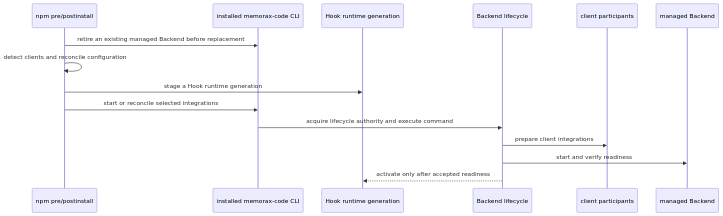
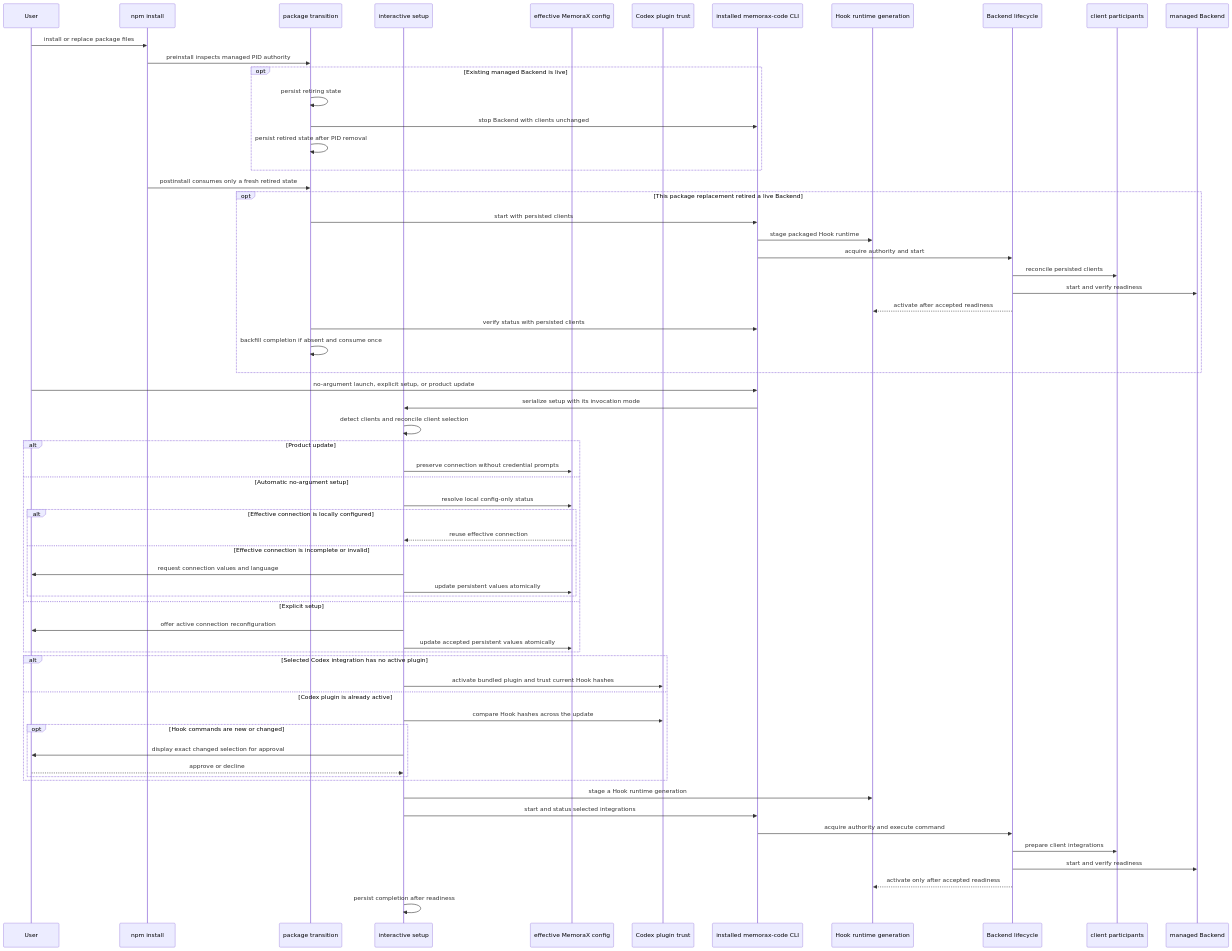
Before and after one commit to memorax-ai/memorax-code: the second of 6 diagrams in ARCHITECTURE.md, drawn with Mermaid. The commit also changed other lines of this file and 31 other files, not shown here.

First line of the commit message:
refactor:(install) separate package install from interactive setup

````diff
--- a/ARCHITECTURE.md
+++ b/ARCHITECTURE.md
@@ -130,18 +130,66 @@
 ```mermaid
 sequenceDiagram
-  participant NPM as npm pre/postinstall
+  participant User
+  participant NPM as npm install
+  participant Transition as package transition
+  participant Setup as interactive setup
+  participant Config as effective MemoraX config
+  participant CodexPlugin as Codex plugin trust
   participant CLI as installed memorax-code CLI
   participant Generation as Hook runtime generation
   participant Lifecycle as Backend lifecycle
   participant Participants as client participants
   participant Service as managed Backend
 
-  NPM->>CLI: retire an existing managed Backend before replacement
-  NPM->>NPM: detect clients and reconcile configuration
-  NPM->>Generation: stage a Hook runtime generation
-  NPM->>CLI: start or reconcile selected integrations
-  CLI->>Lifecycle: acquire lifecycle authority and execute command
+  User->>NPM: install or replace package files
+  NPM->>Transition: preinstall inspects managed PID authority
+  opt Existing managed Backend is live
+    Transition->>Transition: persist retiring state
+    Transition->>CLI: stop Backend with clients unchanged
+    Transition->>Transition: persist retired state after PID removal
+  end
+  NPM->>Transition: postinstall consumes only a fresh retired state
+  opt This package replacement retired a live Backend
+    Transition->>CLI: start with persisted clients
+    CLI->>Generation: stage packaged Hook runtime
+    CLI->>Lifecycle: acquire authority and start
+    Lifecycle->>Participants: reconcile persisted clients
+    Lifecycle->>Service: start and verify readiness
+    Lifecycle-->>Generation: activate after accepted readiness
+    Transition->>CLI: verify status with persisted clients
+    Transition->>Transition: backfill completion if absent and consume once
+  end
+  User->>CLI: no-argument launch, explicit setup, or product update
+  CLI->>Setup: serialize setup with its invocation mode
+  Setup->>Setup: detect clients and reconcile client selection
+  alt Product update
+    Setup->>Config: preserve connection without credential prompts
+  else Automatic no-argument setup
+    Setup->>Config: resolve local config-only status
+    alt Effective connection is locally configured
+      Config-->>Setup: reuse effective connection
+    else Effective connection is incomplete or invalid
+      Setup->>User: request connection values and language
+      Setup->>Config: update persistent values atomically
+    end
+  else Explicit setup
+    Setup->>User: offer active connection reconfiguration
+    Setup->>Config: update accepted persistent values atomically
+  end
+  alt Selected Codex integration has no active plugin
+    Setup->>CodexPlugin: activate bundled plugin and trust current Hook hashes
+  else Codex plugin is already active
+    Setup->>CodexPlugin: compare Hook hashes across the update
+    opt Hook commands are new or changed
+      Setup->>User: display exact changed selection for approval
+      User-->>Setup: approve or decline
+    end
+  end
+  Setup->>Generation: stage a Hook runtime generation
+  Setup->>CLI: start and status selected integrations
+  CLI->>Lifecycle: acquire authority and execute command
   Lifecycle->>Participants: prepare client integrations
   Lifecycle->>Service: start and verify readiness
   Lifecycle-->>Generation: activate only after accepted readiness
+  Setup->>Setup: persist completion after readiness
 ```
````
